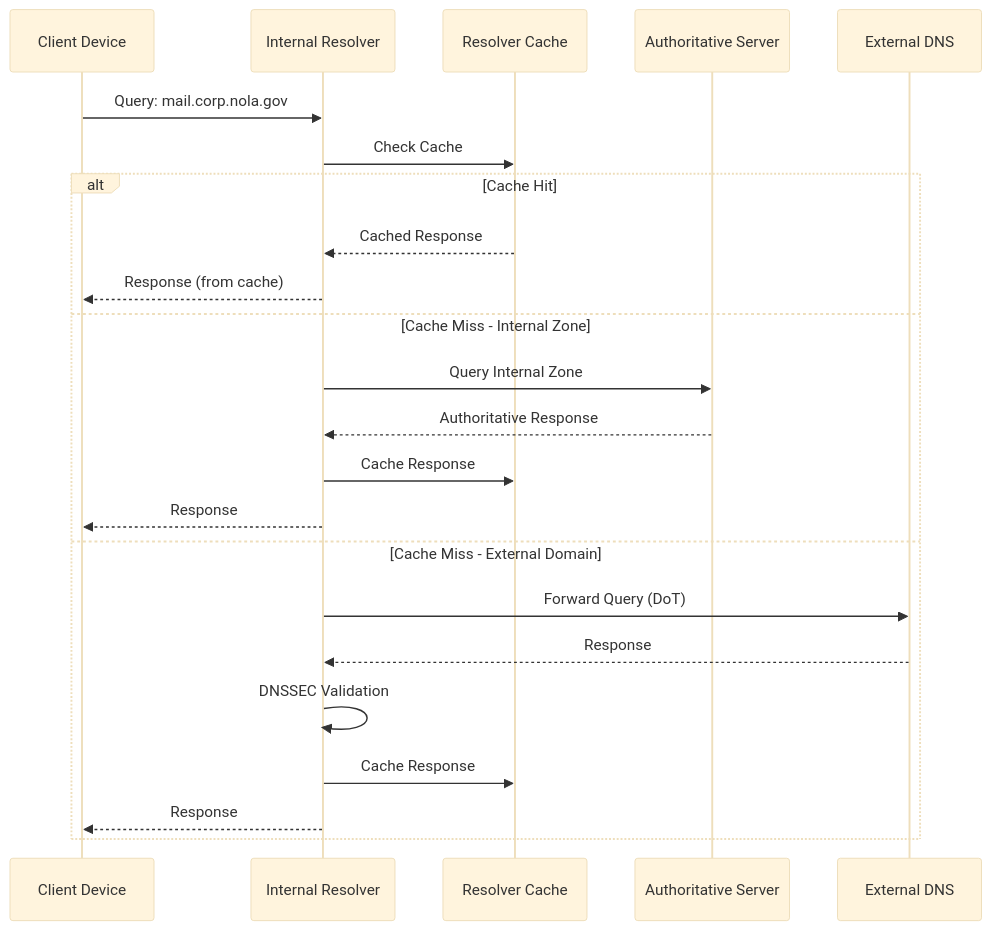
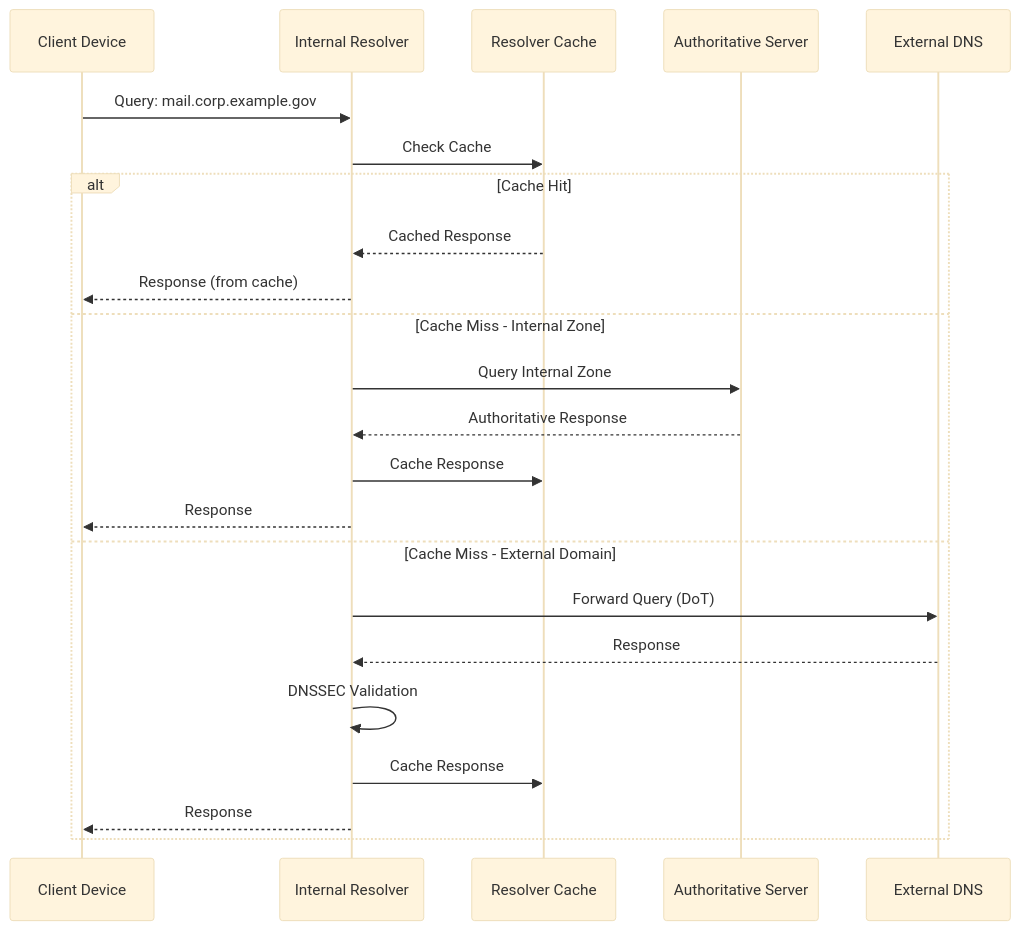
The fifth of 6 diagrams in docs/services/dns-standards.md (NewOrleansITI/networkstandards), drawn with Mermaid (base theme) before and after one commit. The commit also changed other lines of this file and 17 other files, not shown here.

````diff
--- a/docs/services/dns-standards.md
+++ b/docs/services/dns-standards.md
@@ -189,27 +189,27 @@
 ```mermaid
 sequenceDiagram
     participant Client as Client Device
     participant Resolver as Internal Resolver
     participant Cache as Resolver Cache
     participant Auth as Authoritative Server
     participant Upstream as External DNS
 
-    Client->>Resolver: Query: mail.corp.nola.gov
+    Client->>Resolver: Query: mail.corp.example.gov
     Resolver->>Cache: Check Cache
 
     alt Cache Hit
         Cache-->>Resolver: Cached Response
         Resolver-->>Client: Response (from cache)
     else Cache Miss - Internal Zone
         Resolver->>Auth: Query Internal Zone
         Auth-->>Resolver: Authoritative Response
         Resolver->>Cache: Cache Response
         Resolver-->>Client: Response
     else Cache Miss - External Domain
         Resolver->>Upstream: Forward Query (DoT)
         Upstream-->>Resolver: Response
         Resolver->>Resolver: DNSSEC Validation
         Resolver->>Cache: Cache Response
         Resolver-->>Client: Response
     end
 ```
````
